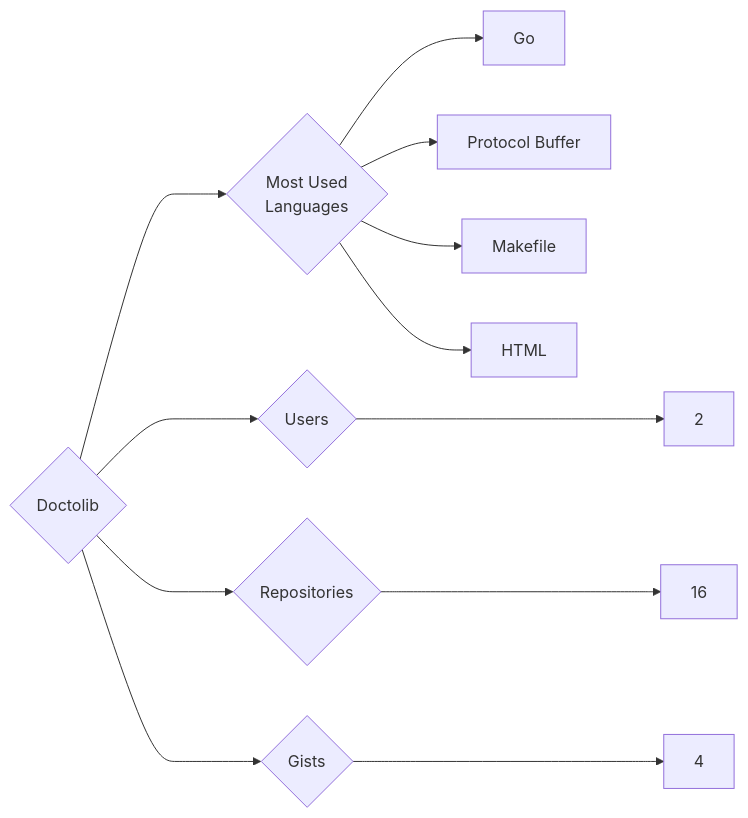
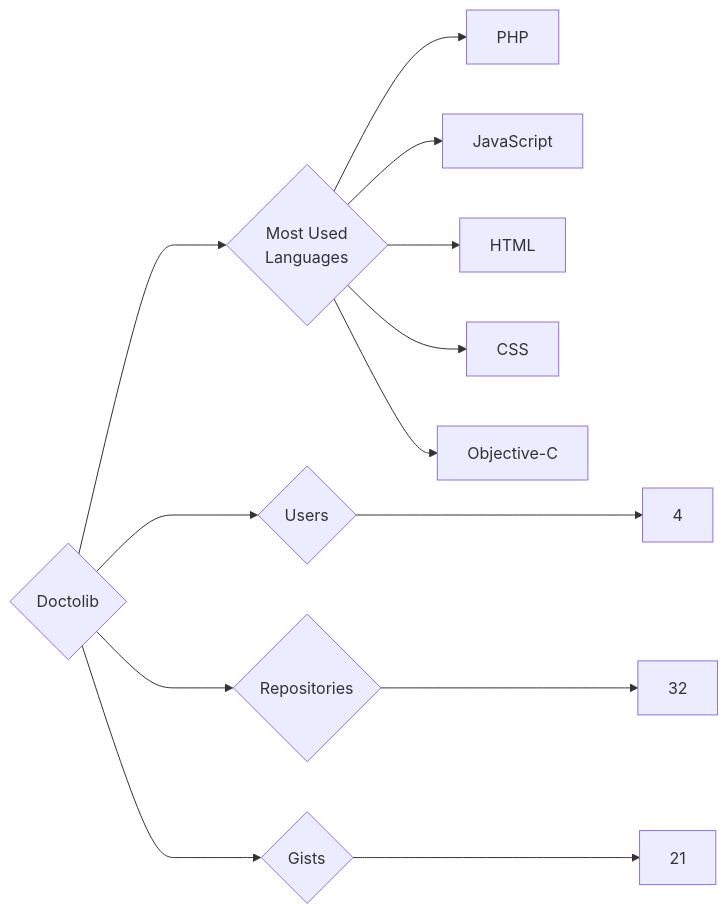
One commit to trickest/insiders changed the diagram in targets/Doctolib/README.md. Above: the diagram before and after it, drawn with Mermaid. The commit also changed 1212 other files, not shown here.

````diff
--- a/targets/Doctolib/README.md
+++ b/targets/Doctolib/README.md
@@ -3,12 +3,13 @@
 ```mermaid
 graph LR
 COMPANY_NAME{Doctolib}
-COMPANY_NAME ---> U{Users} ---> UN[2]
-COMPANY_NAME ---> R{Repositories} ---> RN[16]
-COMPANY_NAME ---> G{Gists} ---> GN[4]
+COMPANY_NAME ---> U{Users} ---> UN[4]
+COMPANY_NAME ---> R{Repositories} ---> RN[32]
+COMPANY_NAME ---> G{Gists} ---> GN[21]
 COMPANY_NAME ---> ML{Most Used<br>Languages}
-ML --> Go[Go]
-ML --> Protocol_Buffer[Protocol Buffer]
-ML --> Makefile[Makefile]
+ML --> PHP[PHP]
+ML --> JavaScript[JavaScript]
 ML --> HTML[HTML]
+ML --> CSS[CSS]
+ML --> Objective-C[Objective-C]
 ```
````
